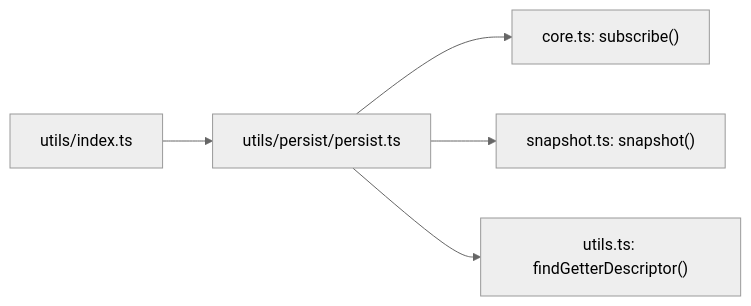
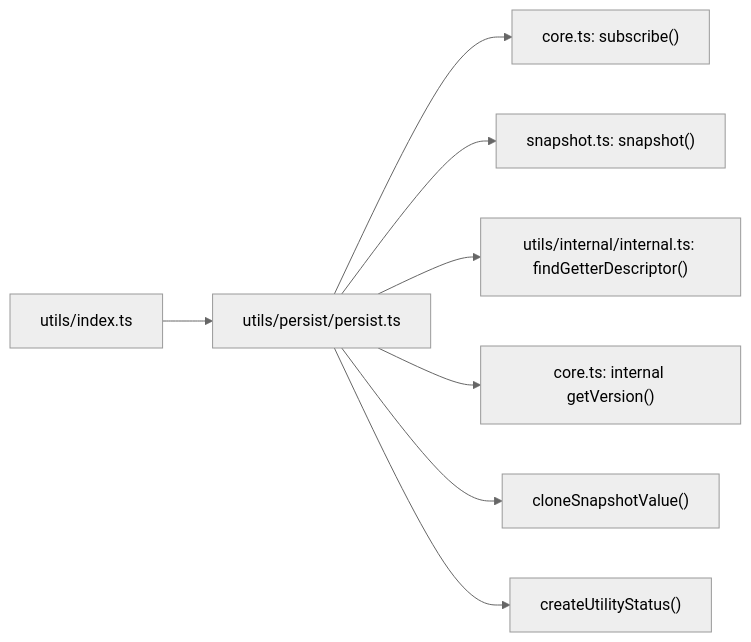
One commit to codeBelt/classy-store changed the third of 3 diagrams in website/docs/PERSIST_ARCHITECTURE.md. Above: the diagram before and after it, drawn with Mermaid (neutral theme). The commit also changed other lines of this file and 15 other files, not shown here.

````diff
--- a/website/docs/PERSIST_ARCHITECTURE.md
+++ b/website/docs/PERSIST_ARCHITECTURE.md
@@ -259,7 +265,10 @@
 ```mermaid
 graph LR
   persist["utils/persist/persist.ts"] --> subscribe["core.ts: subscribe()"]
   persist --> snapshot["snapshot.ts: snapshot()"]
-  persist --> findGetter["utils.ts: findGetterDescriptor()"]
+  persist --> findGetter["utils/internal/internal.ts: findGetterDescriptor()"]
+  persist --> version["core.ts: internal getVersion()"]
+  persist --> clone["cloneSnapshotValue()"]
+  persist --> status["createUtilityStatus()"]
   utilsIndex["utils/index.ts"] --> persist
 ```
````
